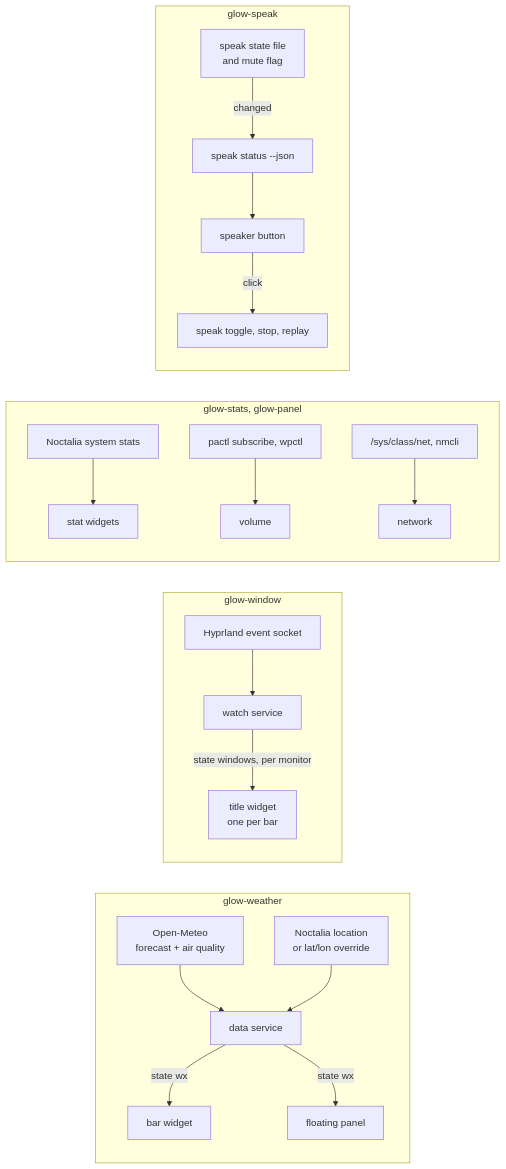
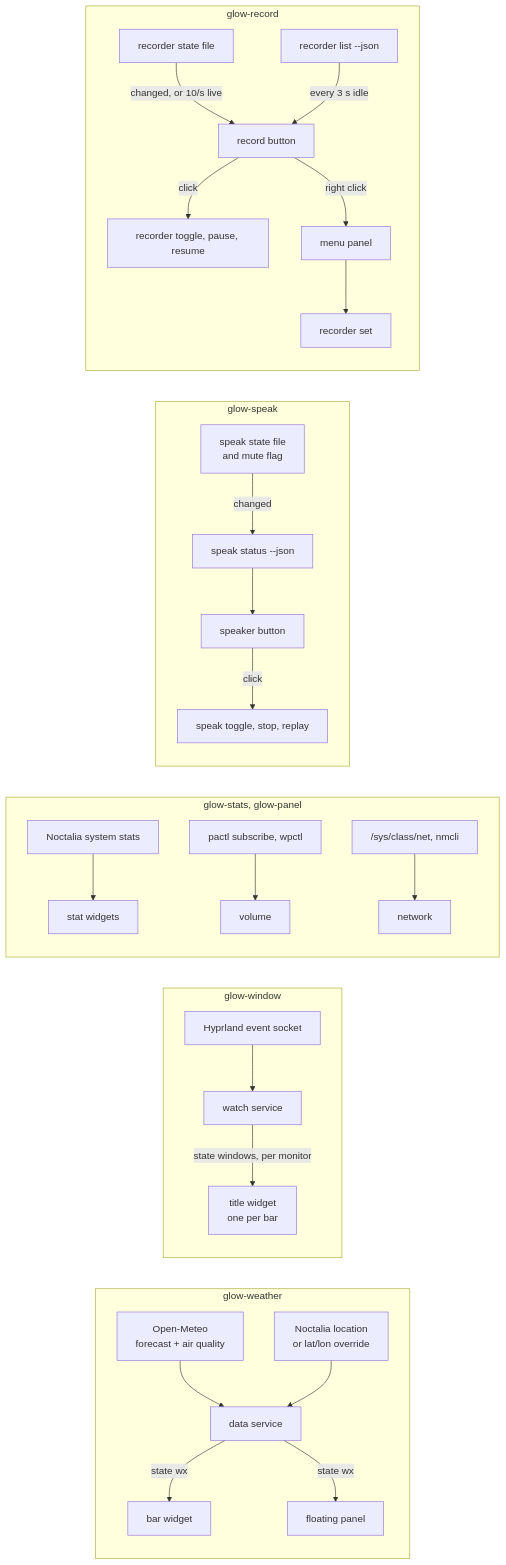
One commit to h1n054ur/desktop changed the diagram in noctalia-glow-plugins/README.md. Above: the diagram before and after it, drawn with Mermaid. The commit also changed other lines of this file and 11 other files, not shown here.

Commit message:
feat(noctalia-glow-plugins): glow-record bar button to start, pause and stop recordings, with level meter, transcript progress and a source menu

````diff
--- a/noctalia-glow-plugins/README.md
+++ b/noctalia-glow-plugins/README.md
@@ -80,23 +93,30 @@
 ```mermaid
 flowchart LR
   subgraph weather["glow-weather"]
     OM["Open-Meteo<br/>forecast + air quality"] --> WS["data service"]
     LOC["Noctalia location<br/>or lat/lon override"] --> WS
     WS -->|state wx| WB["bar widget"]
     WS -->|state wx| WP["floating panel"]
   end
   subgraph window["glow-window"]
     HY["Hyprland event socket"] --> WW["watch service"]
     WW -->|state windows, per monitor| WT["title widget<br/>one per bar"]
   end
   subgraph local["glow-stats, glow-panel"]
     SS["Noctalia system stats"] --> GS["stat widgets"]
     PA["pactl subscribe, wpctl"] --> GV["volume"]
     SYS["/sys/class/net, nmcli"] --> GN["network"]
   end
   subgraph speak["glow-speak"]
     ST["speak state file<br/>and mute flag"] -->|changed| SC["speak status --json"]
     SC --> SB["speaker button"]
     SB -->|click| SA["speak toggle, stop, replay"]
   end
+  subgraph record["glow-record"]
+    RS["recorder state file"] -->|changed, or 10/s live| RB["record button"]
+    RL["recorder list --json"] -->|every 3 s idle| RB
+    RB -->|click| RA["recorder toggle, pause, resume"]
+    RB -->|right click| RM["menu panel"]
+    RM --> RT["recorder set"]
+  end
 ```
````
